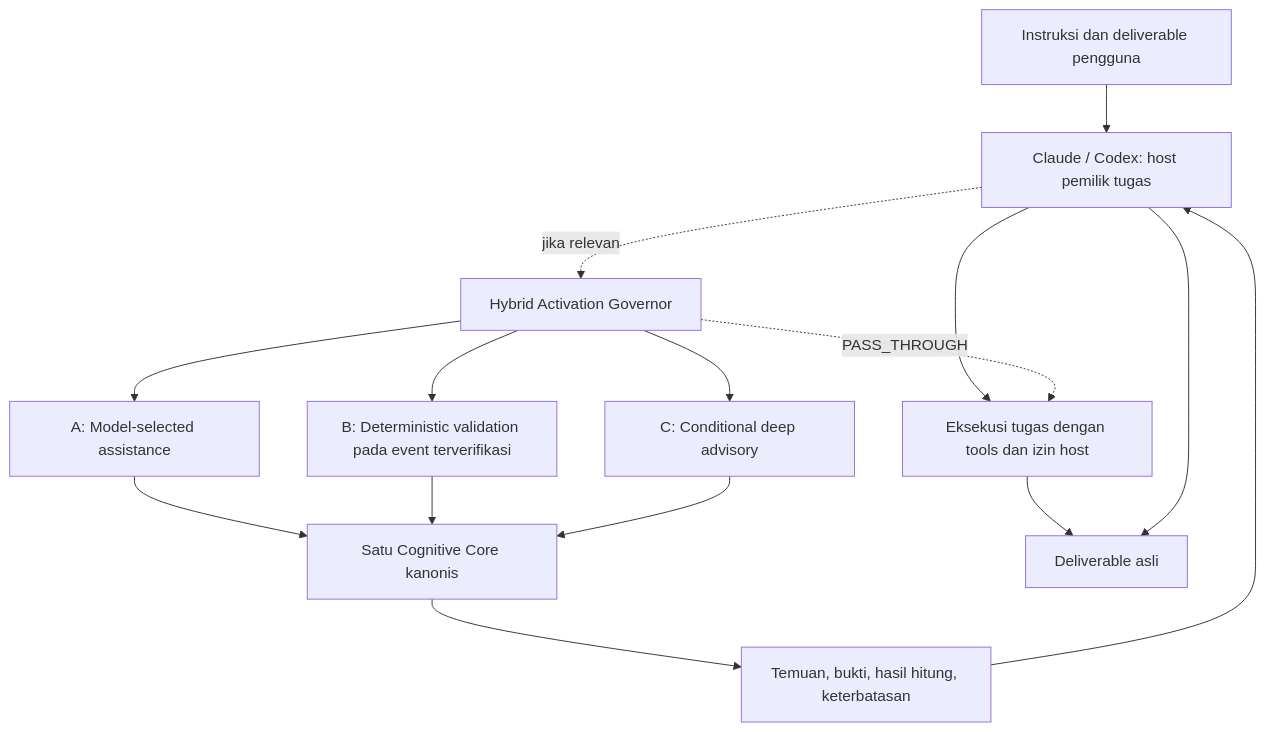
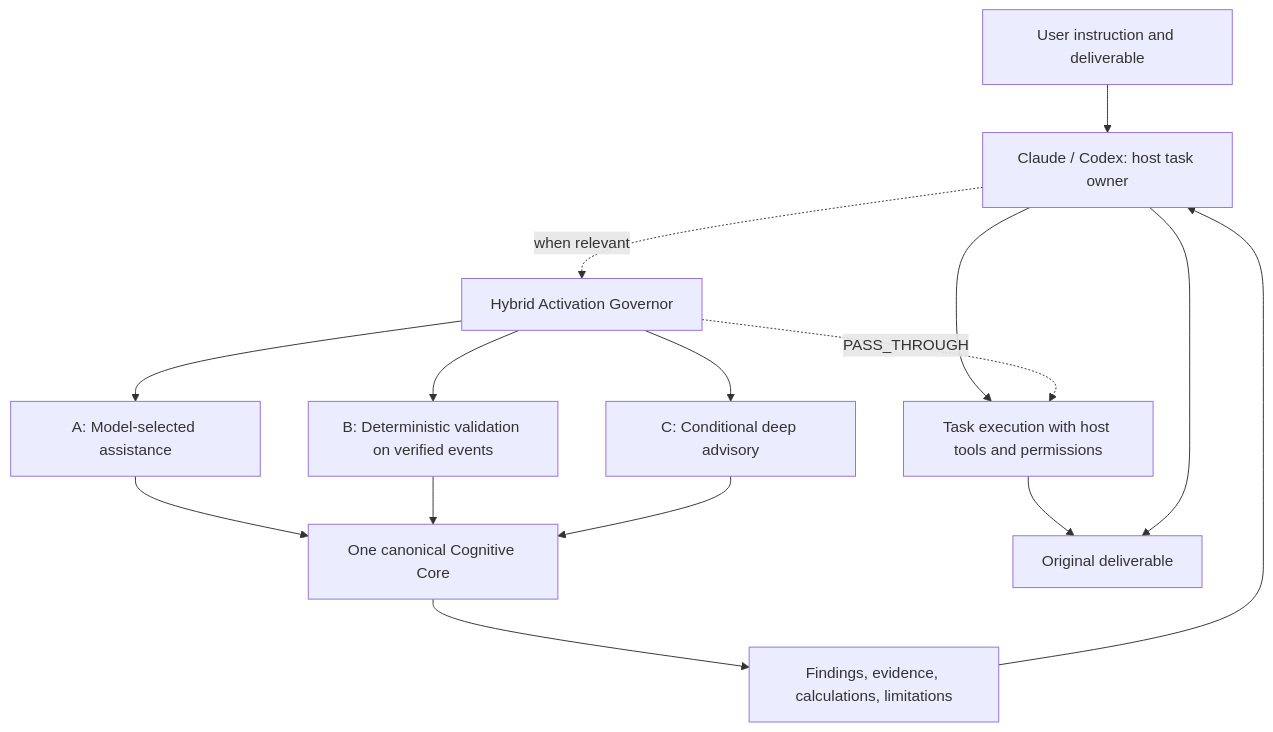
One commit to azoghry-commits/Cognition-OS changed the diagram in docs/CONCEPT_V4_1.md. Above: the diagram before and after it, drawn with Mermaid. The commit also changed other lines of this file and 21 other files, not shown here.

````diff
--- a/docs/CONCEPT_V4_1.md
+++ b/docs/CONCEPT_V4_1.md
@@ -32,17 +32,17 @@
 ```mermaid
 flowchart TD
-    U[Instruksi dan deliverable pengguna] --> H[Claude / Codex: host pemilik tugas]
-    H --> X[Eksekusi tugas dengan tools dan izin host]
-    H -. jika relevan .-> G[Hybrid Activation Governor]
+    U[User instruction and deliverable] --> H[Claude / Codex: host task owner]
+    H --> X[Task execution with host tools and permissions]
+    H -. when relevant .-> G[Hybrid Activation Governor]
     G --> A[A: Model-selected assistance]
-    G --> B[B: Deterministic validation pada event terverifikasi]
+    G --> B[B: Deterministic validation on verified events]
     G --> C[C: Conditional deep advisory]
-    A --> K[Satu Cognitive Core kanonis]
+    A --> K[One canonical Cognitive Core]
     B --> K
     C --> K
-    K --> R[Temuan, bukti, hasil hitung, keterbatasan]
+    K --> R[Findings, evidence, calculations, limitations]
     R --> H
-    X --> D[Deliverable asli]
+    X --> D[Original deliverable]
     H --> D
     G -. PASS_THROUGH .-> X
 ```
````
